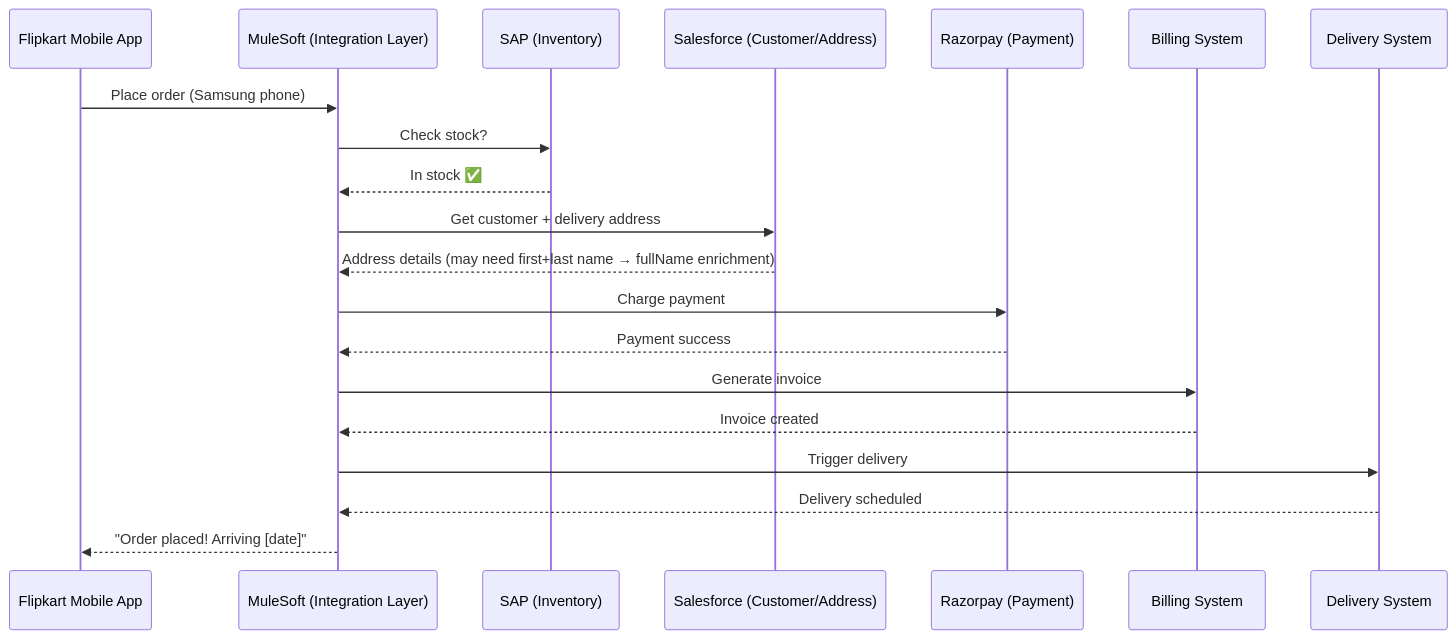
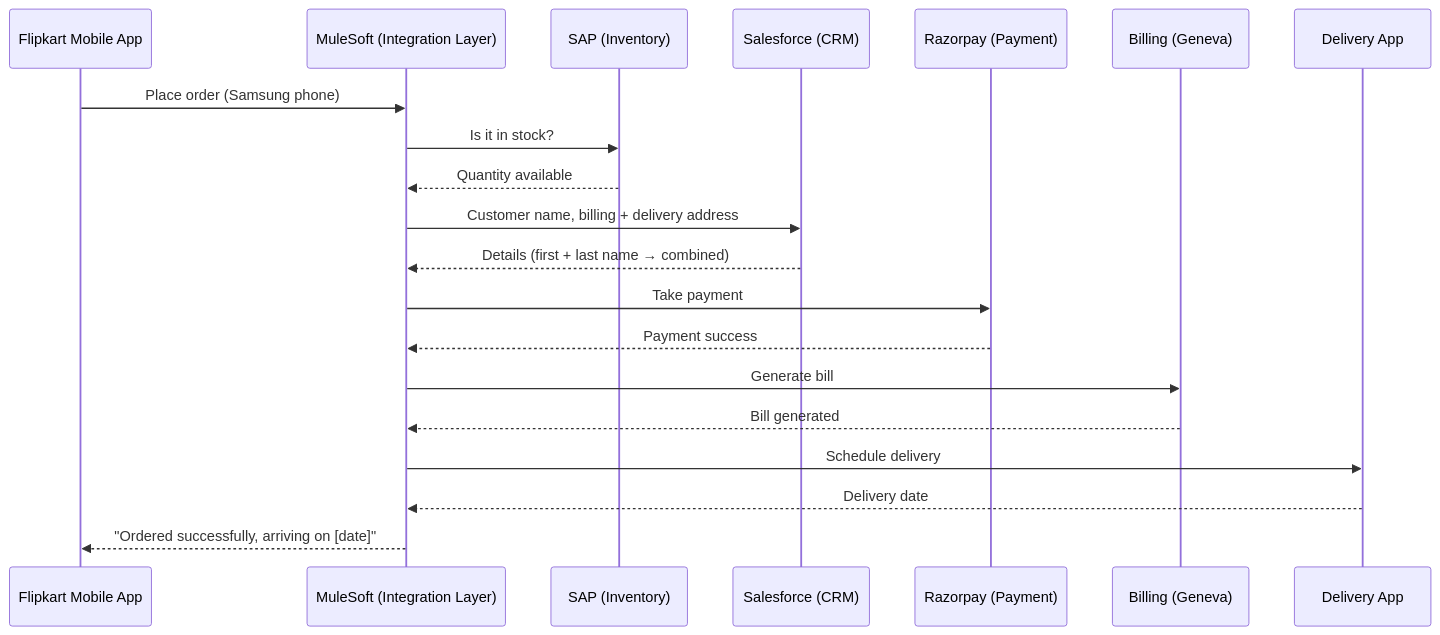
Before and after one commit to developerashok99/green-c-mule-notes: the sixth of 7 diagrams in detailed-notes/day01.md, drawn with Mermaid. The commit also changed other lines of this file and 3 other files, not shown here.

````diff
--- a/detailed-notes/day01.md
+++ b/detailed-notes/day01.md
@@ -93,23 +98,23 @@
 ```mermaid
 sequenceDiagram
     participant App as Flipkart Mobile App
     participant Mule as MuleSoft (Integration Layer)
     participant SAP as SAP (Inventory)
-    participant SF as Salesforce (Customer/Address)
+    participant SF as Salesforce (CRM)
     participant Pay as Razorpay (Payment)
-    participant Bill as Billing System
-    participant Ship as Delivery System
+    participant Bill as Billing (Geneva)
+    participant Ship as Delivery App
 
     App->>Mule: Place order (Samsung phone)
-    Mule->>SAP: Check stock?
-    SAP-->>Mule: In stock ✅
-    Mule->>SF: Get customer + delivery address
-    SF-->>Mule: Address details (may need first+last name → fullName enrichment)
-    Mule->>Pay: Charge payment
+    Mule->>SAP: Is it in stock?
+    SAP-->>Mule: Quantity available
+    Mule->>SF: Customer name, billing + delivery address
+    SF-->>Mule: Details (first + last name → combined)
+    Mule->>Pay: Take payment
     Pay-->>Mule: Payment success
-    Mule->>Bill: Generate invoice
-    Bill-->>Mule: Invoice created
-    Mule->>Ship: Trigger delivery
-    Ship-->>Mule: Delivery scheduled
-    Mule-->>App: "Order placed! Arriving [date]"
+    Mule->>Bill: Generate bill
+    Bill-->>Mule: Bill generated
+    Mule->>Ship: Schedule delivery
+    Ship-->>Mule: Delivery date
+    Mule-->>App: "Ordered successfully, arriving on [date]"
 ```
````
